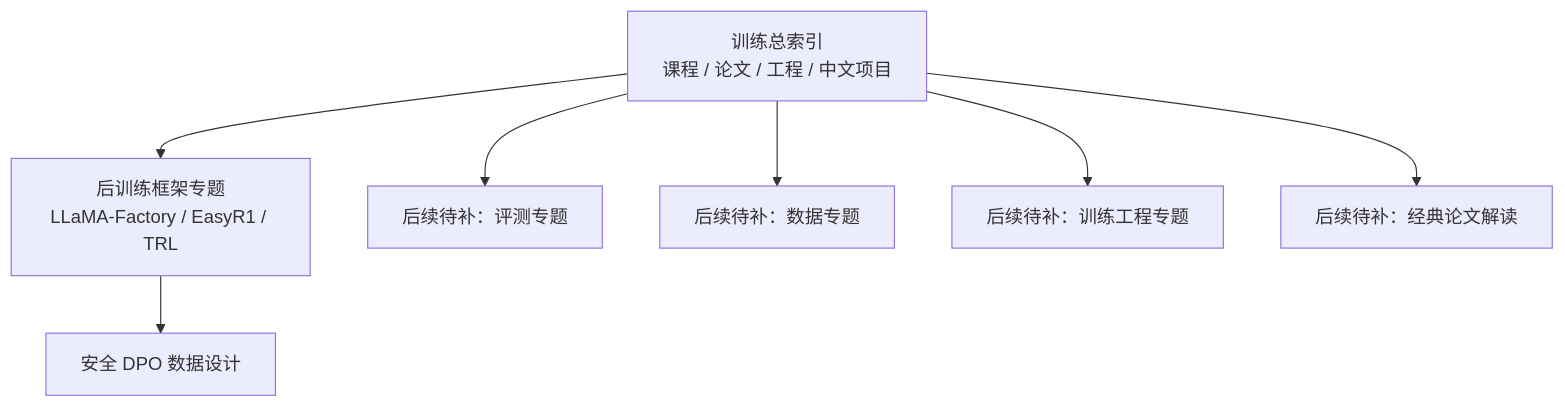
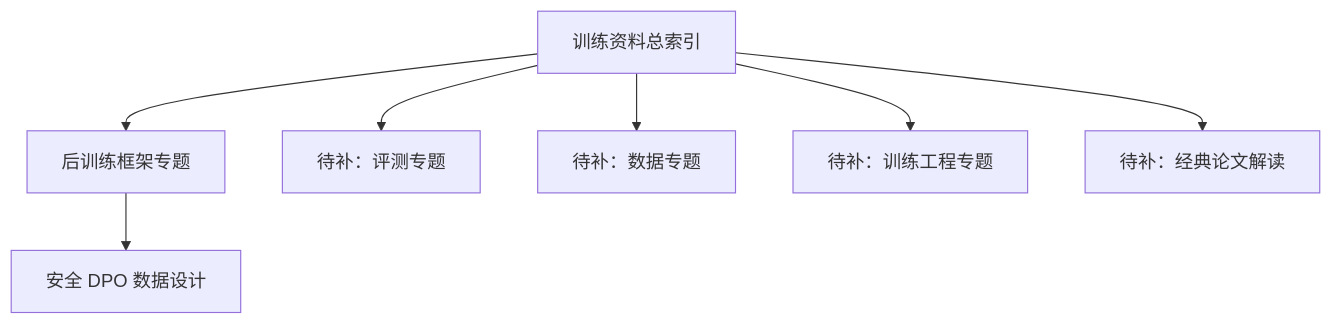
Before and after one commit to tanlon2miracle-ops/my_home: the diagram in docs/tech/ai-algorithms/current-llm-training-notes-map/index.md, drawn with Mermaid. The commit also changed other lines of this file and 4 other files, not shown here.

````diff
--- a/docs/tech/ai-algorithms/current-llm-training-notes-map/index.md
+++ b/docs/tech/ai-algorithms/current-llm-training-notes-map/index.md
@@ -46,9 +34,9 @@
 ```mermaid
 flowchart TD
-    A[训练总索引\n课程 / 论文 / 工程 / 中文项目] --> B[后训练框架专题\nLLaMA-Factory / EasyR1 / TRL]
+    A[训练资料总索引] --> B[后训练框架专题]
     B --> C[安全 DPO 数据设计]
-    A --> D[后续待补：评测专题]
-    A --> E[后续待补：数据专题]
-    A --> F[后续待补：训练工程专题]
-    A --> G[后续待补：经典论文解读]
+    A --> D[待补：评测专题]
+    A --> E[待补：数据专题]
+    A --> F[待补：训练工程专题]
+    A --> G[待补：经典论文解读]
 ```
````
